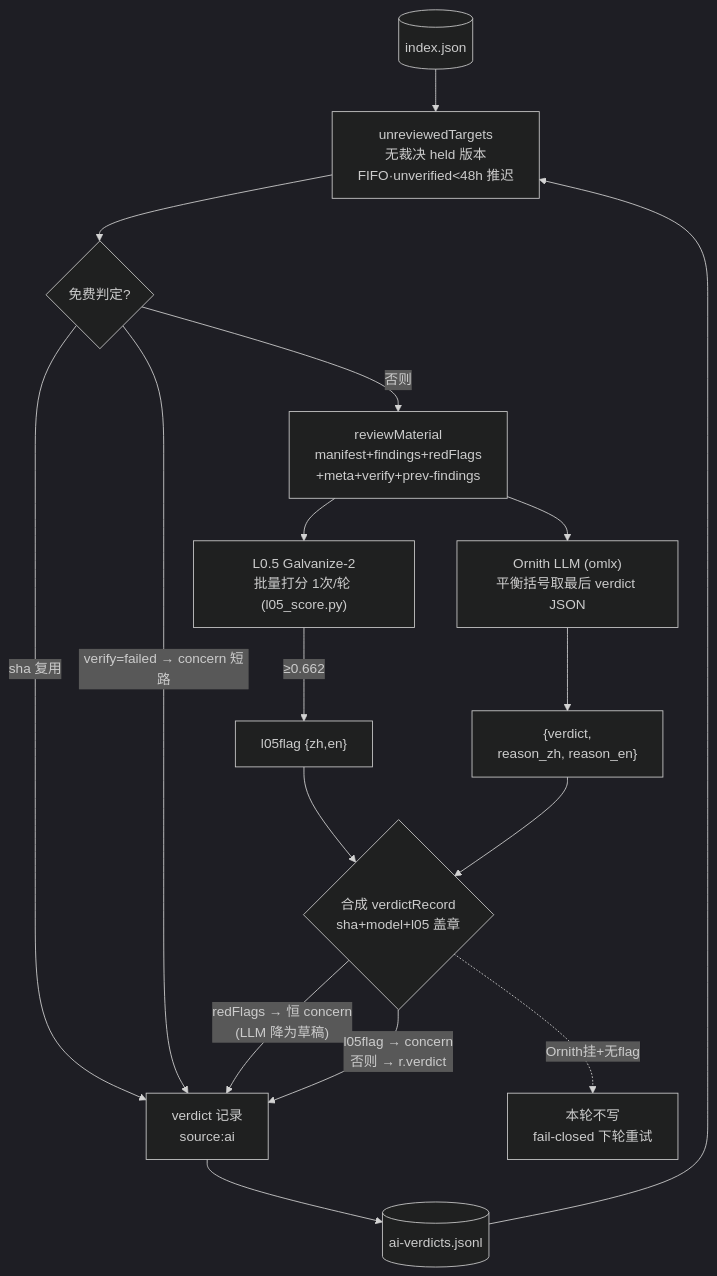
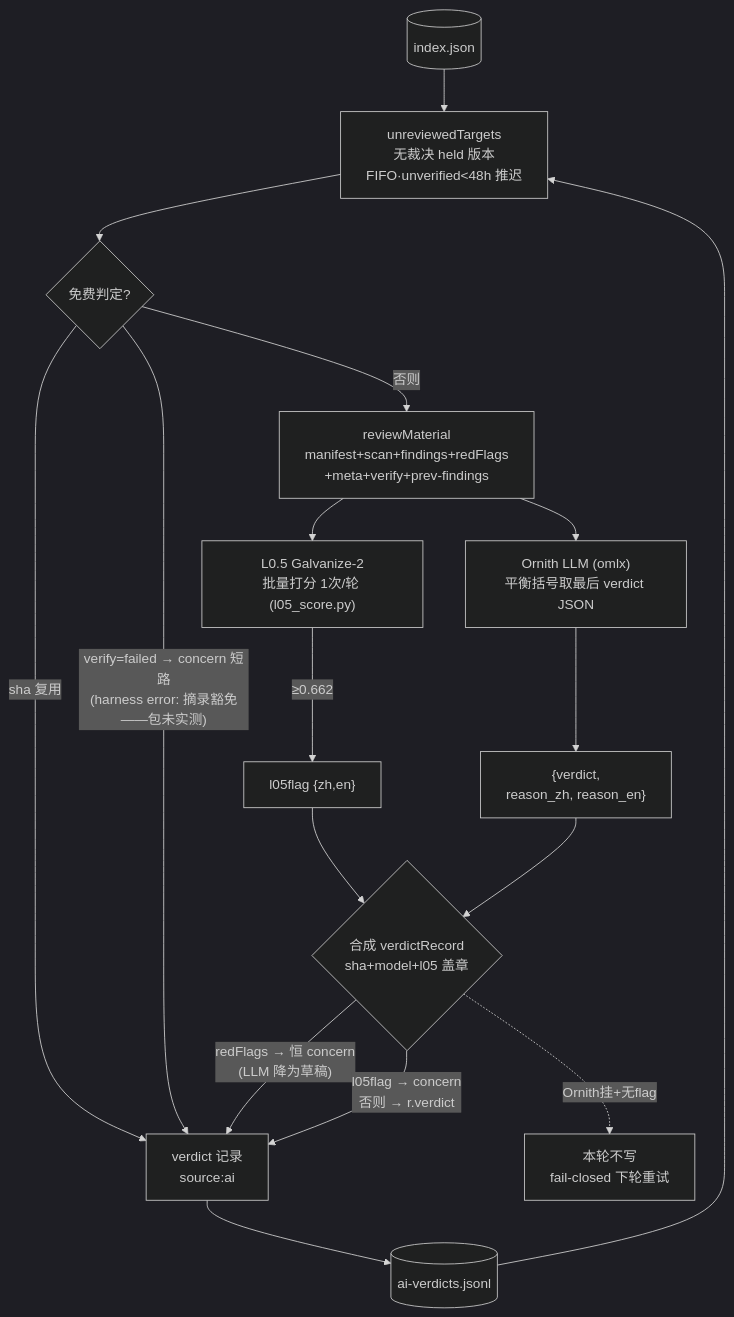
The fifth of 11 diagrams in docs/DATA-FLOWS.md (awesome-market/awesome-opencode-market), drawn with Mermaid (dark theme) before and after one commit. The commit also changed other lines of this file and 58 other files, not shown here.

````diff
--- a/docs/DATA-FLOWS.md
+++ b/docs/DATA-FLOWS.md
@@ -474,18 +582,18 @@
 ```mermaid
 flowchart TB
   IDX[("index.json")] --> UT["unreviewedTargets<br/>无裁决 held 版本<br/>FIFO·unverified<48h 推迟"]
   VJ[("ai-verdicts.jsonl")] --> UT
   UT --> GATE{"免费判定?"}
   GATE -->|"sha 复用"| REC
-  GATE -->|"verify=failed → concern 短路"| REC
-  GATE -->|"否则"| RM["reviewMaterial<br/>manifest+findings+redFlags<br/>+meta+verify+prev-findings"]
+  GATE -->|"verify=failed → concern 短路<br/>(harness error: 摘录豁免——包未实测)"| REC
+  GATE -->|"否则"| RM["reviewMaterial<br/>manifest+scan+findings+redFlags<br/>+meta+verify+prev-findings"]
   RM --> L05["L0.5 Galvanize-2<br/>批量打分 1次/轮 (l05_score.py)"]
   RM --> OR["Ornith LLM (omlx)<br/>平衡括号取最后 verdict JSON"]
   L05 -->|"≥0.662"| FLG["l05flag {zh,en}"]
   OR --> RESP["{verdict,<br/>reason_zh, reason_en}"]
   FLG & RESP --> CMP{"合成 verdictRecord<br/>sha+model+l05 盖章"}
   CMP -->|"redFlags → 恒 concern<br/>(LLM 降为草稿)"| REC["verdict 记录<br/>source:ai"]
   CMP -->|"l05flag → concern<br/>否则 → r.verdict"| REC
   CMP -.->|"Ornith挂+无flag"| SKIP["本轮不写<br/>fail-closed 下轮重试"]
   REC --> VJ
 ```
````
